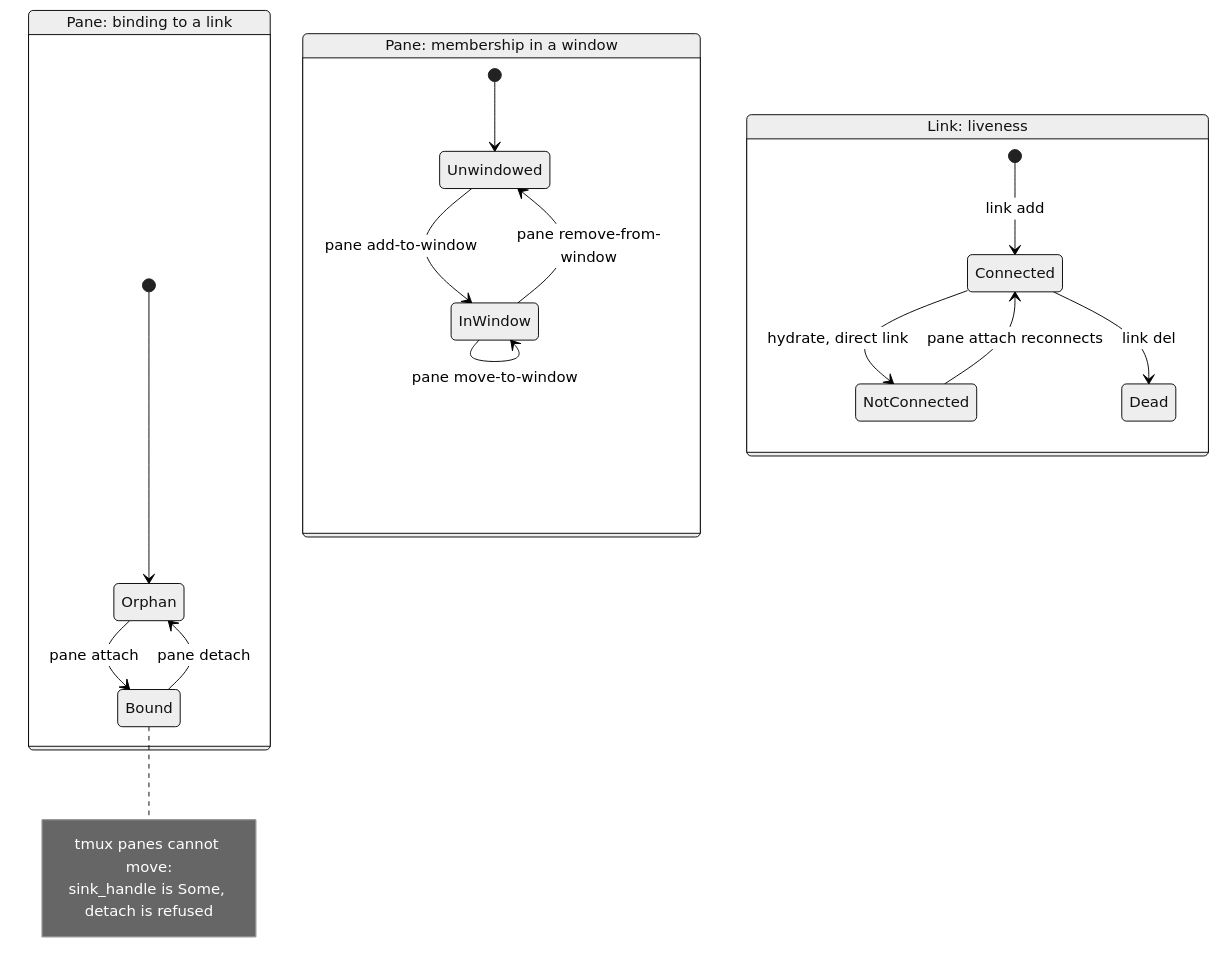
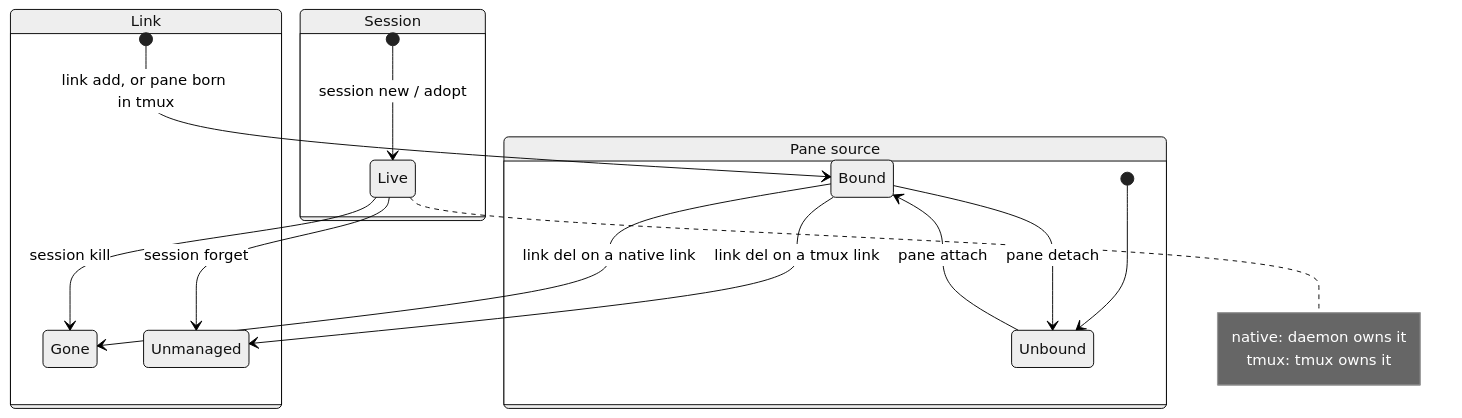
The third of 4 diagrams in doc/dev/arch/arch.md (xiaoshan1234/xscore), drawn with Mermaid (neutral theme) before and after one commit. The commit also changed other lines of this file, not shown here.

````diff
--- a/doc/dev/arch/arch.md
+++ b/doc/dev/arch/arch.md
@@ -309,26 +316,24 @@
 ```mermaid
 stateDiagram-v2
-    state "Pane: binding to a link" as Bind {
-        [*] --> Orphan
-        Orphan --> Bound: pane attach
-        Bound --> Orphan: pane detach
-        note right of Bound
-            tmux panes cannot move:
-            sink_handle is Some, detach is refused
+    state "Session" as SS {
+        [*] --> Live: session new / adopt
+        Live --> Gone: session kill
+        Live --> Unmanaged: session forget
+        note right of Live
+            native: daemon owns it
+            tmux: tmux owns it
         end note
     }
 
-    state "Pane: membership in a window" as Memb {
-        [*] --> Unwindowed
-        Unwindowed --> InWindow: pane add-to-window
-        InWindow --> Unwindowed: pane remove-from-window
-        InWindow --> InWindow: pane move-to-window
+    state "Link" as LL {
+        [*] --> Bound: link add, or pane born in tmux
+        Bound --> Gone: link del on a native link
+        Bound --> Unmanaged: link del on a tmux link
     }
 
-    state "Link: liveness" as Live {
-        [*] --> Connected: link add
-        Connected --> NotConnected: hydrate, direct link
-        NotConnected --> Connected: pane attach reconnects
-        Connected --> Dead: link del
+    state "Pane source" as PP {
+        [*] --> Unbound
+        Unbound --> Bound: pane attach
+        Bound --> Unbound: pane detach
     }
 ```
````
